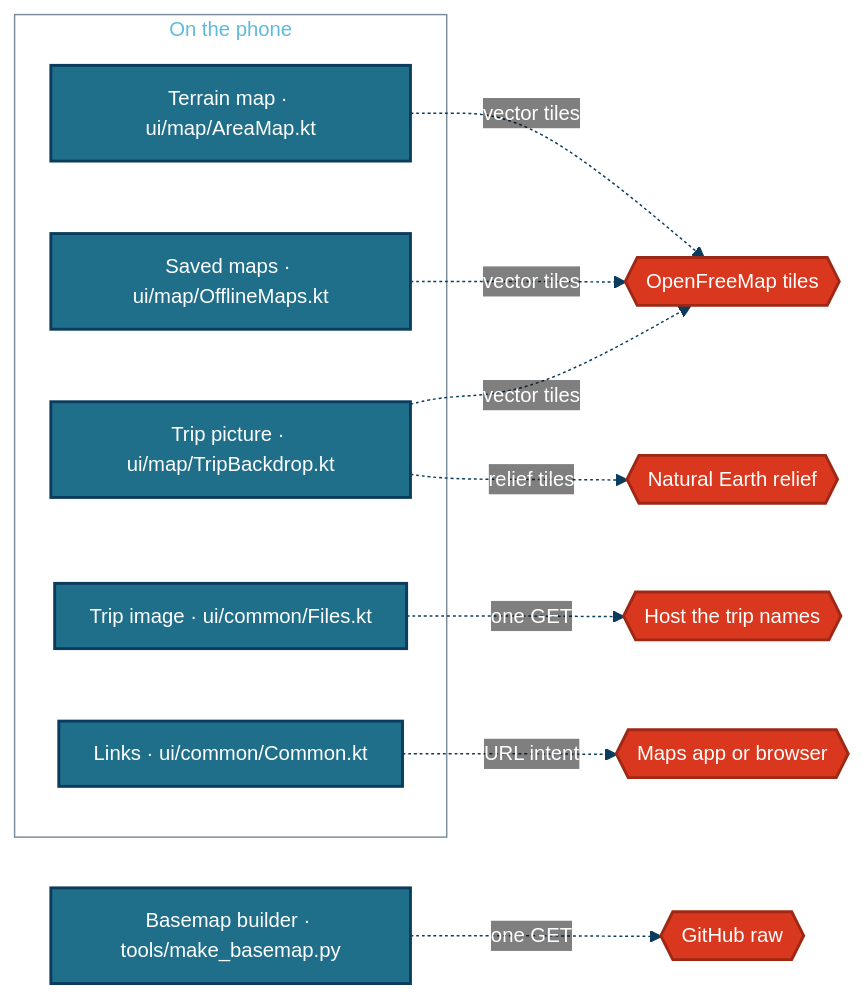
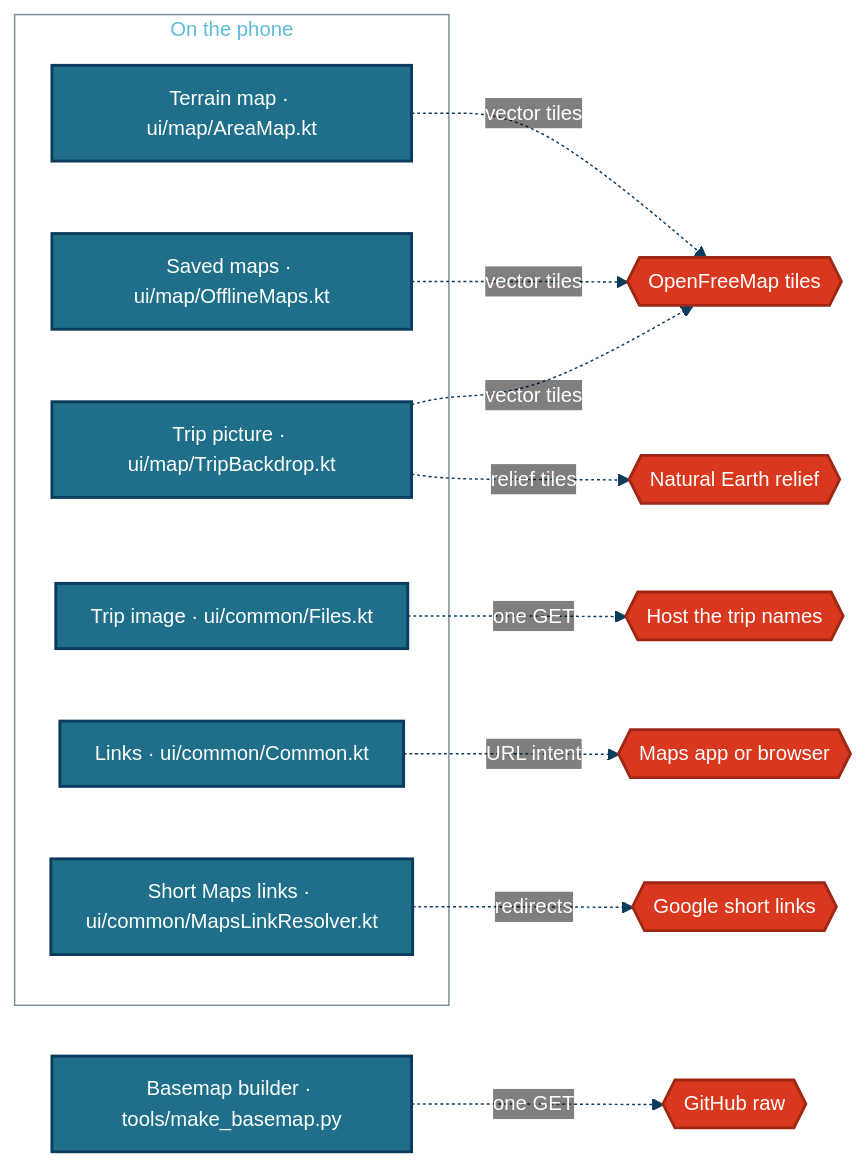
The diagram in docs/visual/sources.md (Tshort76/traveler), drawn with Mermaid before and after one commit. The commit also changed other lines of this file and 5 other files, not shown here.

First line of the commit message:
Set an activity's location from a pasted Google Maps link or pin

````diff
--- a/docs/visual/sources.md
+++ b/docs/visual/sources.md
@@ -7,28 +7,30 @@
 ```mermaid
 %%{init: {"theme": "base", "themeVariables": {"fontSize": "14px", "lineColor": "#0B3C5D", "primaryColor": "#1F6F8B", "primaryTextColor": "#FFFFFF", "primaryBorderColor": "#0B3C5D", "clusterBkg": "transparent", "clusterBorder": "#7A8B99", "edgeLabelBackground": "transparent", "actorBkg": "#E06D14", "actorTextColor": "#1A1A1A", "actorBorder": "#A64F0E", "signalColor": "#0B3C5D", "signalTextColor": "#0B3C5D", "labelBoxBkgColor": "#1F6F8B", "labelTextColor": "#FFFFFF"}, "flowchart": {"curve": "basis", "padding": 12}} }%%
 flowchart LR
   subgraph phone["On the phone"]
     AREA["Terrain map · ui/map/AreaMap.kt"]
     OFF["Saved maps · ui/map/OfflineMaps.kt"]
     BACK["Trip picture · ui/map/TripBackdrop.kt"]
     IMG["Trip image · ui/common/Files.kt"]
     LINKS["Links · ui/common/Common.kt"]
+    SHORT["Short Maps links · ui/common/MapsLinkResolver.kt"]
   end
   BASEMAP["Basemap builder · tools/make_basemap.py"]
   OFM{{"OpenFreeMap tiles"}}
   NE{{"Natural Earth relief"}}
   HOST{{"Host the trip names"}}
   APPS{{"Maps app or browser"}}
   GH{{"GitHub raw"}}
   AREA -. "vector tiles" .-> OFM
   OFF -. "vector tiles" .-> OFM
   BACK -. "vector tiles" .-> OFM
   BACK -. "relief tiles" .-> NE
   IMG -. "one GET" .-> HOST
   LINKS -. "URL intent" .-> APPS
+  SHORT -. "redirects" .-> GOOG{{"Google short links"}}
   BASEMAP -. "one GET" .-> GH
   classDef stage fill:#1F6F8B,stroke:#0B3C5D,stroke-width:2px,color:#ffffff
   classDef ext fill:#D9381E,stroke:#9E2815,stroke-width:2px,color:#ffffff
-  class AREA,OFF,BACK,IMG,LINKS,BASEMAP stage
-  class OFM,NE,HOST,APPS,GH ext
+  class AREA,OFF,BACK,IMG,LINKS,SHORT,BASEMAP stage
+  class OFM,NE,HOST,APPS,GH,GOOG ext
 ```
````
